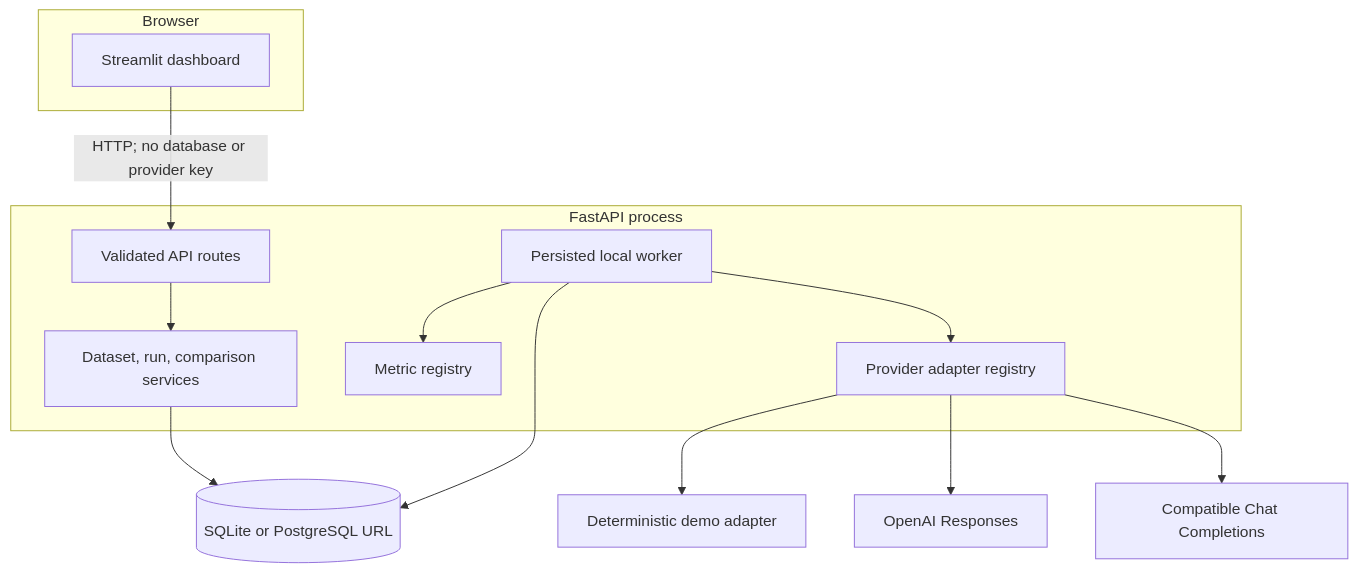
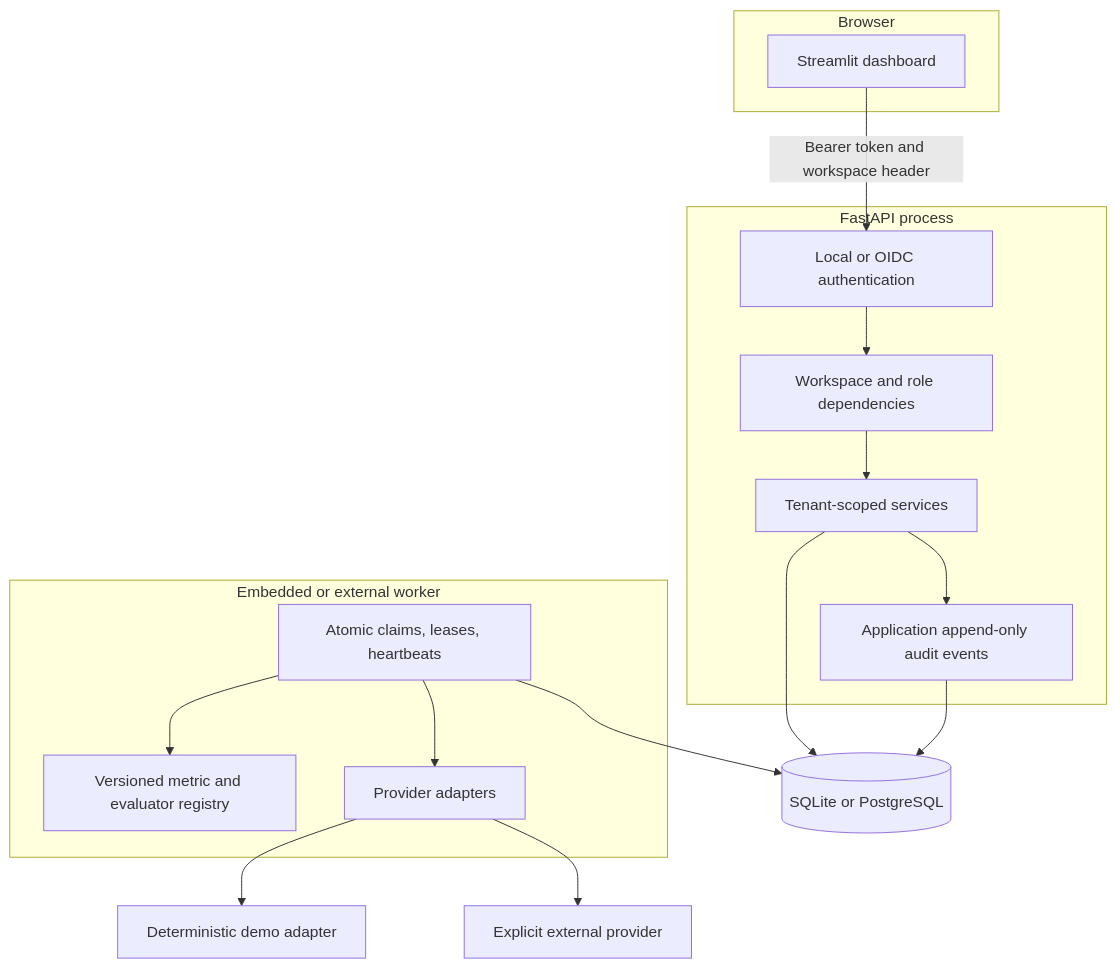
Before and after one commit to ownasquare/evalforge: the first of 2 diagrams in docs/architecture.md, drawn with Mermaid. The commit also changed other lines of this file and 97 other files, not shown here.

````diff
--- a/docs/architecture.md
+++ b/docs/architecture.md
@@ -20,27 +19,32 @@
 ```mermaid
 flowchart TB
     subgraph Browser
         UI["Streamlit dashboard"]
     end
     subgraph APIProcess["FastAPI process"]
-        ROUTES["Validated API routes"]
-        SERVICES["Dataset, run, comparison services"]
-        WORKER["Persisted local worker"]
-        REGISTRY["Metric registry"]
-        PROVIDERS["Provider adapter registry"]
+        AUTH["Local or OIDC authentication"]
+        ROUTES["Workspace and role dependencies"]
+        SERVICES["Tenant-scoped services"]
+        AUDIT["Application append-only audit events"]
     end
-    DB[("SQLite or PostgreSQL URL")]
+    subgraph WorkerProcess["Embedded or external worker"]
+        CLAIMS["Atomic claims, leases, heartbeats"]
+        REGISTRY["Versioned metric and evaluator registry"]
+        PROVIDERS["Provider adapters"]
+    end
+    DB[("SQLite or PostgreSQL")]
     DEMO["Deterministic demo adapter"]
-    OPENAI["OpenAI Responses"]
-    COMPAT["Compatible Chat Completions"]
+    REAL["Explicit external provider"]
 
-    UI -->|"HTTP; no database or provider key"| ROUTES
+    UI -->|"Bearer token and workspace header"| AUTH
+    AUTH --> ROUTES
     ROUTES --> SERVICES
     SERVICES --> DB
-    WORKER --> DB
-    WORKER --> REGISTRY
-    WORKER --> PROVIDERS
+    SERVICES --> AUDIT
+    AUDIT --> DB
+    CLAIMS --> DB
+    CLAIMS --> REGISTRY
+    CLAIMS --> PROVIDERS
     PROVIDERS --> DEMO
-    PROVIDERS --> OPENAI
-    PROVIDERS --> COMPAT
+    PROVIDERS --> REAL
 ```
````
